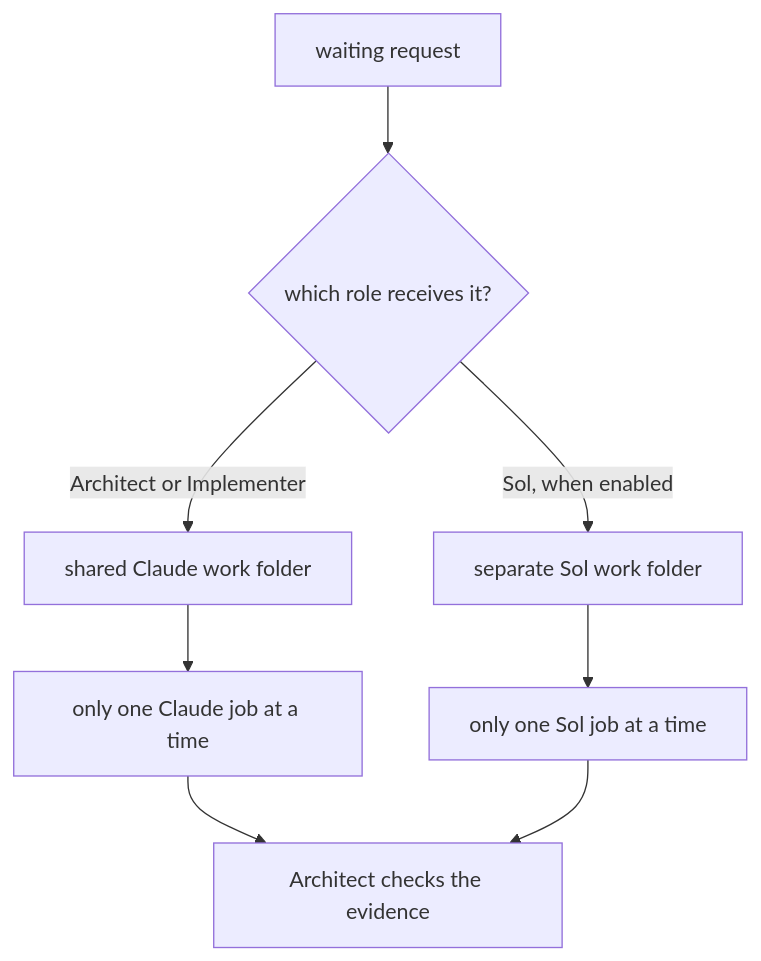
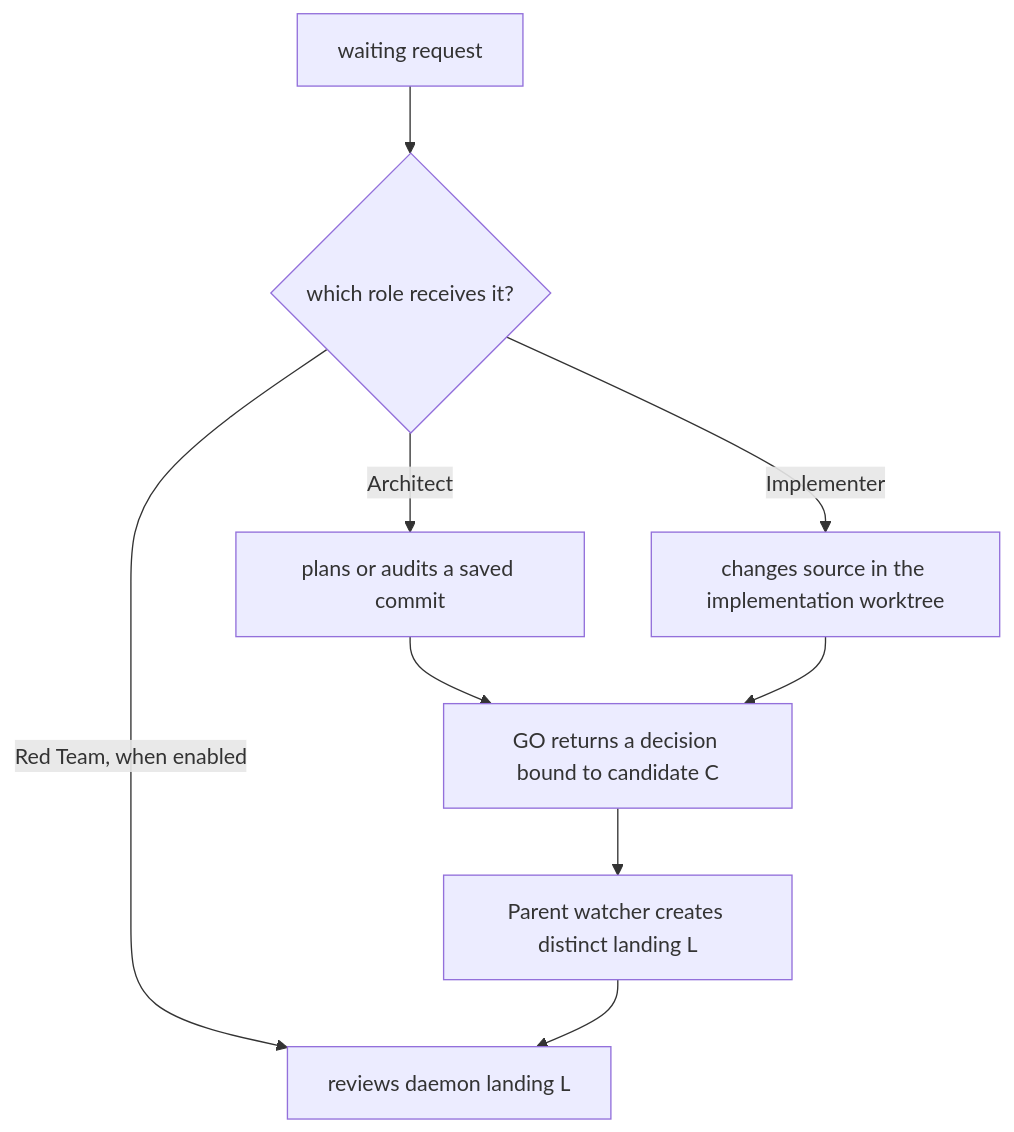
One commit to SBU-COSMOLIKE/emulators_code_v2 changed the fifth of 6 diagrams in ai/README.md. Above: the diagram before and after it, drawn with Mermaid. The commit also changed other lines of this file and 31 other files, not shown here.

````diff
--- a/ai/README.md
+++ b/ai/README.md
@@ -993,10 +1191,11 @@
 ```mermaid
 flowchart TB
   M["waiting request"] --> R{"which role receives it?"}
-  R -->|"Architect or Implementer"| C["shared Claude work folder"]
-  R -->|"Sol, when enabled"| S["separate Sol work folder"]
-  C --> Q["only one Claude job at a time"]
-  S --> T["only one Sol job at a time"]
-  Q --> A["Architect checks the evidence"]
-  T --> A
+  R -->|"Architect"| A["plans or audits a saved commit"]
+  R -->|"Implementer"| I["changes source in the implementation worktree"]
+  R -->|"Red Team, when enabled"| S["reviews daemon landing L"]
+  A --> G["GO returns a decision bound to candidate C"]
+  I --> G
+  G --> D["Parent watcher creates distinct landing L"]
+  D --> S
 ```
````
